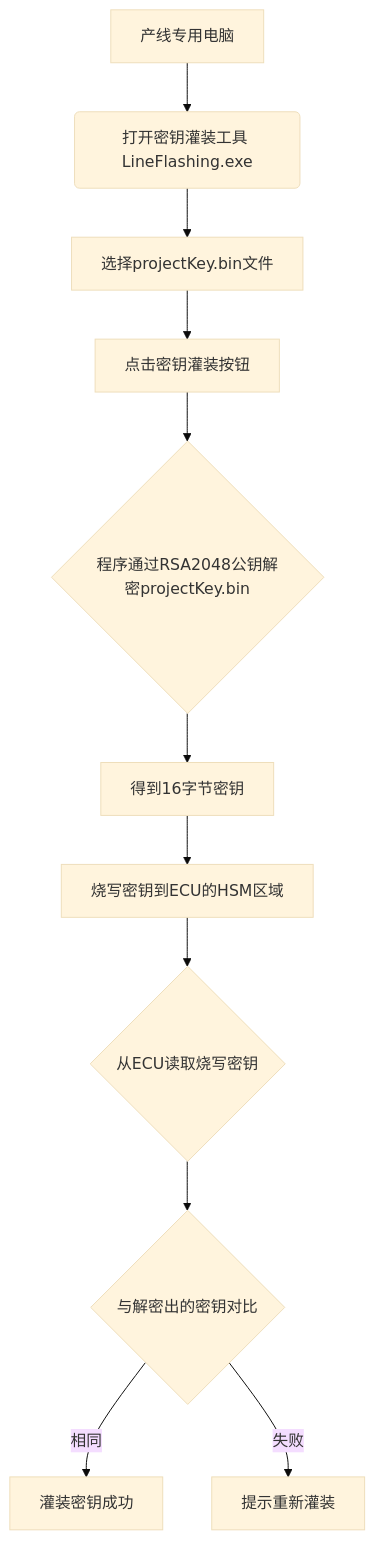
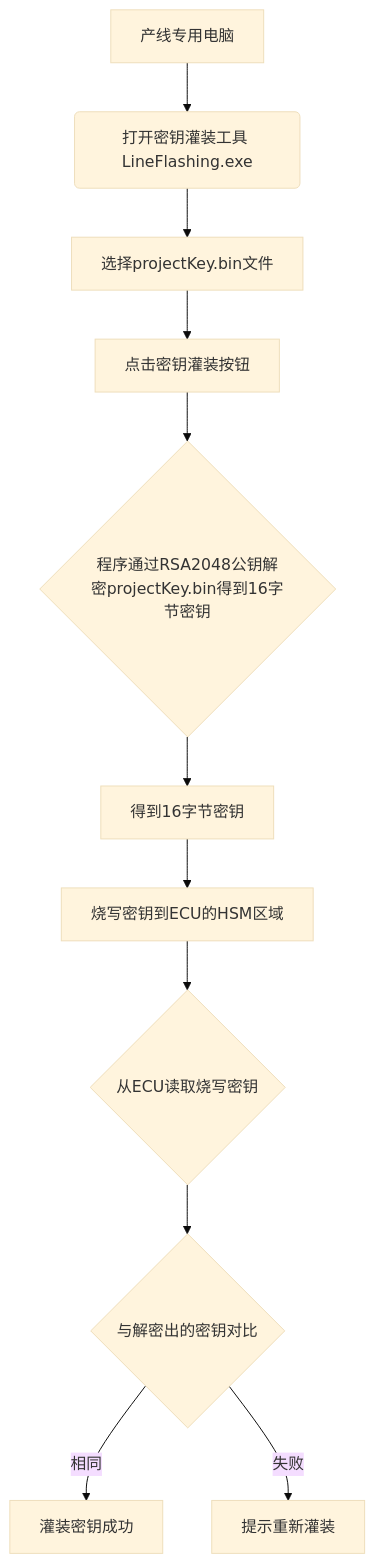
Before and after one commit to facebook-cloud/iodraw-files: the diagram in all/未命名-4.md, drawn with Mermaid (base theme).

Commit message:
2026-01-05 17:17:48 update

````diff
--- a/all/未命名-4.md
+++ b/all/未命名-4.md
@@ -1,14 +1,14 @@
 ```mermaid
 graph TD
     A[产线专用电脑] --> B(打开密钥灌装工具 LineFlashing.exe);
     B --> C[选择projectKey.bin文件];
     C --> D[点击密钥灌装按钮];
-    D --> E{程序通过RSA2048公钥解密projectKey.bin};
+    D --> E{程序通过RSA2048公钥解密projectKey.bin得到16字节密钥};
     E --> F[得到16字节密钥];
     F --> G[烧写密钥到ECU的HSM区域];
     G --> H{从ECU读取烧写密钥};
     H --> I{与解密出的密钥对比};
     I -- 相同 --> J[灌装密钥成功];
     I -- 失败 --> K[提示重新灌装];
 
 ```
````
